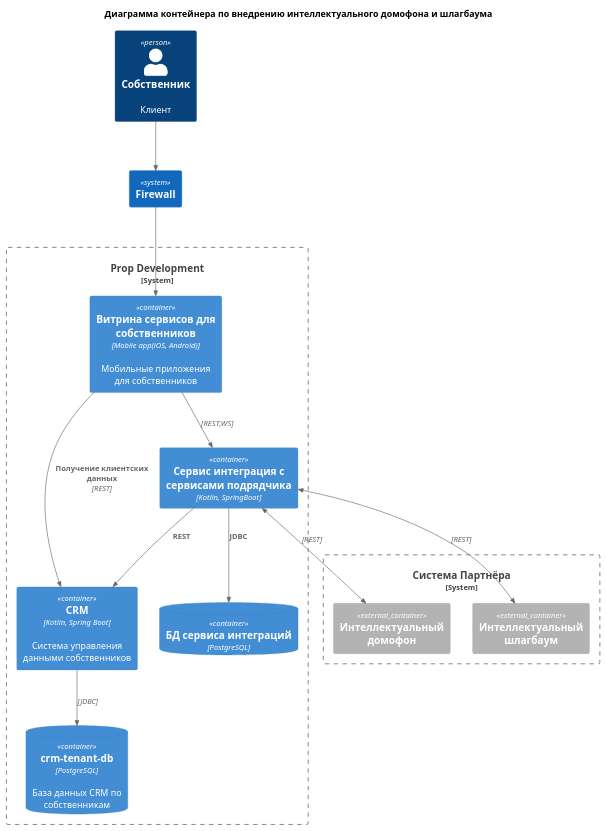
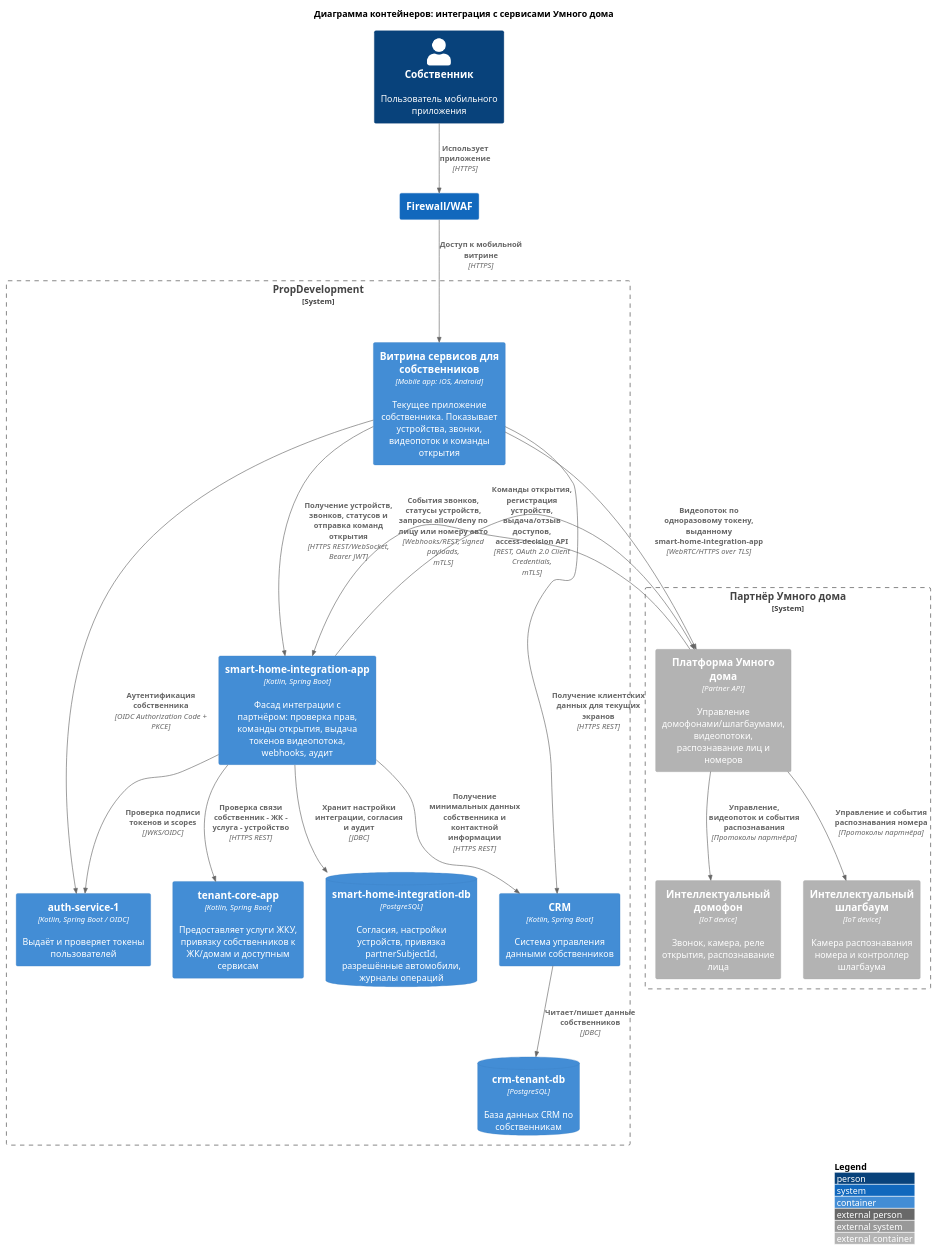
The diagram in Task3/container.puml (Meeluck/architecture-propdevelopment), drawn with PlantUML before and after one commit. The commit also changed 2 other files, not shown here.

```diff
--- a/Task3/container.puml
+++ b/Task3/container.puml
@@ -1,41 +1,44 @@
 @startuml
-
 !include https://raw.githubusercontent.com/plantuml-stdlib/C4-PlantUML/master/C4_Container.puml
 
-title Диаграмма контейнера по внедрению интеллектуального домофона и шлагбаума
+title Диаграмма контейнеров: интеграция с сервисами Умного дома
 
-Person(client,Собственник,Клиент)
+Person(owner, "Собственник", "Пользователь мобильного приложения")
+System(firewall, "Firewall/WAF")
 
-System(fw,Firewall)
+System_Boundary(propDev, "PropDevelopment") {
+    Container(mobileApp, "Витрина сервисов для собственников", "Mobile app: iOS, Android", "Текущее приложение собственника. Показывает устройства, звонки, видеопоток и команды открытия")
+    Container(authService, "auth-service-1", "Kotlin, Spring Boot / OIDC", "Выдаёт и проверяет токены пользователей")
+    Container(tenantCore, "tenant-core-app", "Kotlin, Spring Boot", "Предоставляет услуги ЖКУ, привязку собственников к ЖК/домам и доступным сервисам")
+    Container(crm, "CRM", "Kotlin, Spring Boot", "Система управления данными собственников")
+    ContainerDb(crmDb, "crm-tenant-db", "PostgreSQL", "База данных CRM по собственникам")
 
-' tenant-core-app не указан, т.к. его не нужно доработатывать
-System_Boundary(propDev, Prop Development){
-    Container(mobApp, "Витрина сервисов для собственников" ,"Mobile app(iOS, Android)","Мобильные приложения для собственников")
+    Container(smartHomeService, "smart-home-integration-app", "Kotlin, Spring Boot", "Фасад интеграции с партнёром: проверка прав, команды открытия, выдача токенов видеопотока, webhooks, аудит")
+    ContainerDb(smartHomeDb, "smart-home-integration-db", "PostgreSQL", "Согласия, настройки устройств, привязка partnerSubjectId, разрешённые автомобили, журналы операций")
 
-    Container(crm,"CRM","Kotlin, Spring Boot",Система управления данными собственников)
-    ContainerDb(crmDb,crm-tenant-db,PostgreSQL,"База данных CRM по собственникам")
-
-    Container(smartAcl,"Сервис интеграция с сервисами подрядчика","Kotlin, SpringBoot")
-    ContainerDb(smartAclDb,"БД сервиса интеграций",PostgreSQL,)
-
-    Rel(mobApp,smartAcl,,"REST,WS")
-
-    Rel(mobApp,crm,"Получение клиентских данных","REST")
-    Rel(crm,crmDb,,JDBC)
-
-    Rel(smartAcl,smartAclDb,JDBC)
-    Rel(smartAcl,crm,"REST")
+    Rel(mobileApp, authService, "Аутентификация собственника", "OIDC Authorization Code + PKCE")
+    Rel(mobileApp, smartHomeService, "Получение устройств, звонков, статусов и отправка команд открытия", "HTTPS REST/WebSocket, Bearer JWT")
+    Rel(mobileApp, crm, "Получение клиентских данных для текущих экранов", "HTTPS REST")
+    Rel(smartHomeService, authService, "Проверка подписи токенов и scopes", "JWKS/OIDC")
+    Rel(smartHomeService, tenantCore, "Проверка связи собственник - ЖК - услуга - устройство", "HTTPS REST")
+    Rel(smartHomeService, crm, "Получение минимальных данных собственника и контактной информации", "HTTPS REST")
+    Rel(crm, crmDb, "Читает/пишет данные собственников", "JDBC")
+    Rel(smartHomeService, smartHomeDb, "Хранит настройки интеграции, согласия и аудит", "JDBC")
 }
 
-Rel(client,fw," ")
-Rel(fw,mobApp," ")
-
-System_Boundary(extProvider, Система Партнёра){
-    Container_Ext(smartIntercom,"Интеллектуальный домофон","")
-    Container_Ext(smartGate,"Интеллектуальный шлагбаум","")
+System_Boundary(partner, "Партнёр Умного дома") {
+    Container_Ext(partnerPlatform, "Платформа Умного дома", "Partner API", "Управление домофонами/шлагбаумами, видеопотоки, распознавание лиц и номеров")
+    Container_Ext(smartIntercom, "Интеллектуальный домофон", "IoT device", "Звонок, камера, реле открытия, распознавание лица")
+    Container_Ext(smartGate, "Интеллектуальный шлагбаум", "IoT device", "Камера распознавания номера и контроллер шлагбаума")
 }
 
-BiRel(smartAcl,smartGate,,"REST")
-BiRel(smartAcl,smartIntercom,,"REST")
+Rel(owner, firewall, "Использует приложение", "HTTPS")
+Rel(firewall, mobileApp, "Доступ к мобильной витрине", "HTTPS")
+Rel(smartHomeService, partnerPlatform, "Команды открытия, регистрация устройств, выдача/отзыв доступов, access-decision API", "REST, OAuth 2.0 Client Credentials, mTLS")
+Rel(partnerPlatform, smartHomeService, "События звонков, статусы устройств, запросы allow/deny по лицу или номеру авто", "Webhooks/REST, signed payloads, mTLS")
+Rel(mobileApp, partnerPlatform, "Видеопоток по одноразовому токену, выданному smart-home-integration-app", "WebRTC/HTTPS over TLS")
+Rel(partnerPlatform, smartIntercom, "Управление, видеопоток и события распознавания", "Протоколы партнёра")
+Rel(partnerPlatform, smartGate, "Управление и события распознавания номера", "Протоколы партнёра")
 
+LAYOUT_WITH_LEGEND()
 @enduml
```
